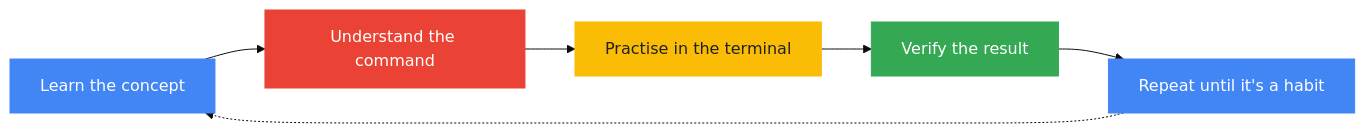
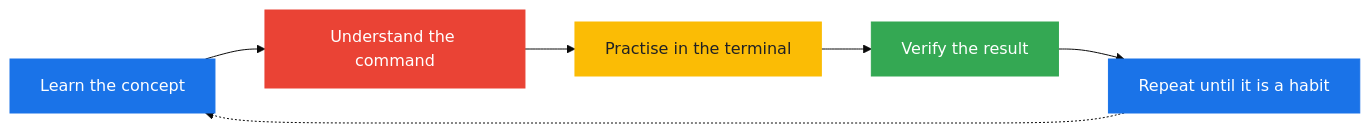
The second of 2 diagrams in README.md (sree77rag/gti-github-learn-path), drawn with Mermaid (base theme) before and after one commit. The commit also changed other lines of this file, not shown here.

````diff
--- a/README.md
+++ b/README.md
@@ -131,11 +219,18 @@
 ```mermaid
 flowchart LR
-    A[Learn the concept] --> B[Understand the command] --> C[Practise in the terminal] --> D[Verify the result] --> E[Repeat until it's a habit]
+    A["Learn the concept"] --> B["Understand the command"]
+    B --> C["Practise in the terminal"]
+    C --> D["Verify the result"]
+    D --> E["Repeat until it is a habit"]
     E -.-> A
 
-    style A fill:#4285F4,stroke:#4285F4,color:#fff
-    style B fill:#EA4335,stroke:#EA4335,color:#fff
-    style C fill:#FBBC05,stroke:#FBBC05,color:#202124
-    style D fill:#34A853,stroke:#34A853,color:#fff
-    style E fill:#4285F4,stroke:#4285F4,color:#fff
+    classDef blue fill:#1A73E8,stroke:#1A73E8,color:#FFFFFF;
+    classDef red fill:#EA4335,stroke:#EA4335,color:#FFFFFF;
+    classDef yellow fill:#FBBC05,stroke:#FBBC05,color:#202124;
+    classDef green fill:#34A853,stroke:#34A853,color:#FFFFFF;
+
+    class A,E blue;
+    class B red;
+    class C yellow;
+    class D green;
 ```
````
